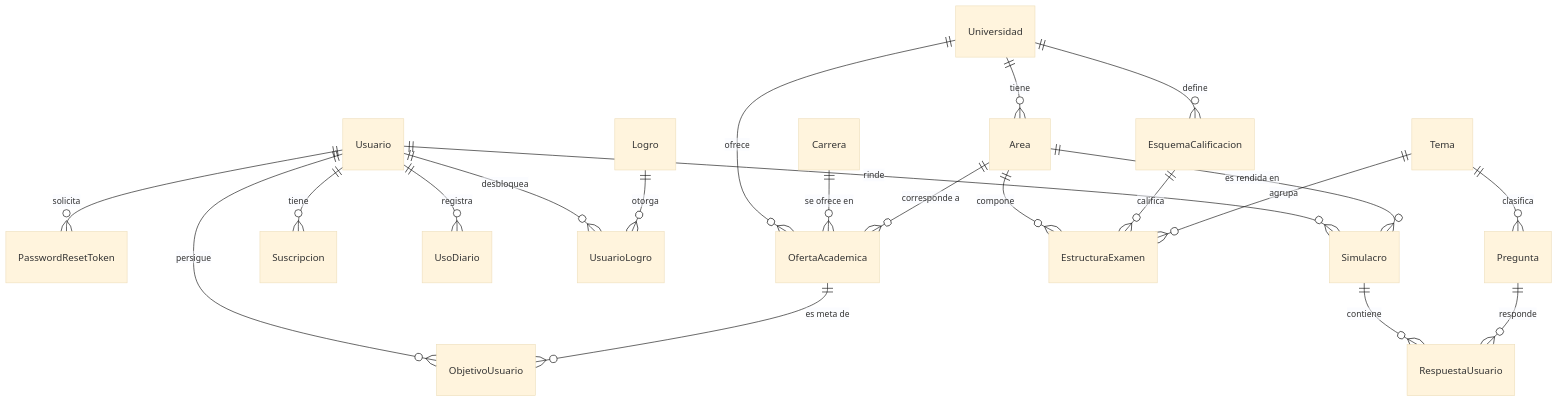
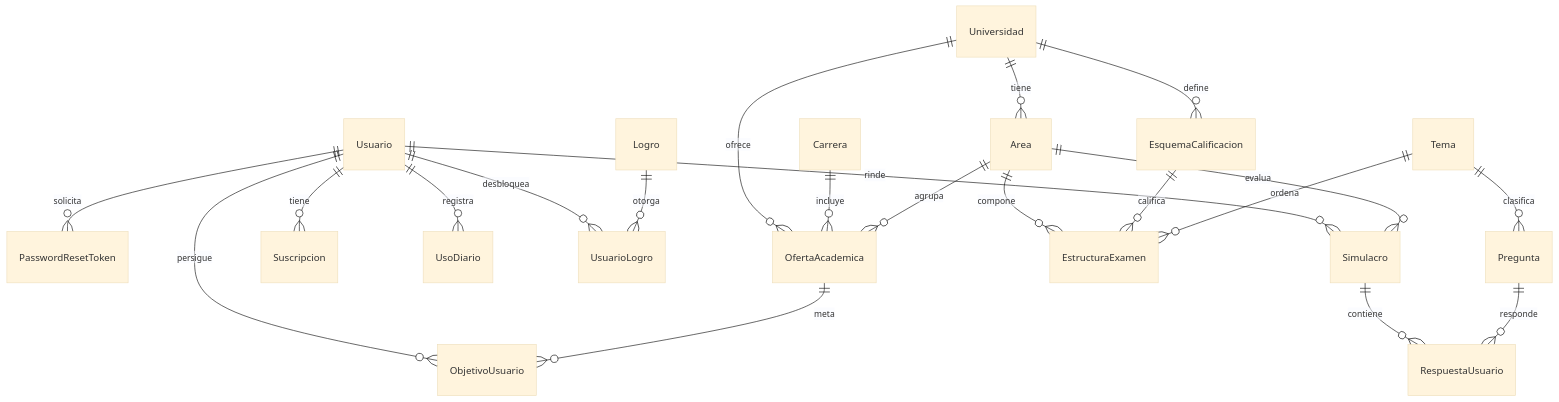
One commit to marcobautista-sketch/rumbou-backend changed the second of 2 diagrams in README.md. Above: the diagram before and after it, drawn with Mermaid (base theme). The commit also changed other lines of this file and 2 other files, not shown here.

````diff
--- a/README.md
+++ b/README.md
@@ -80,23 +78,23 @@
 ```mermaid
 erDiagram
     Usuario ||--o{ PasswordResetToken : solicita
     Usuario ||--o{ Simulacro : rinde
     Usuario ||--o{ ObjetivoUsuario : persigue
     Usuario ||--o{ Suscripcion : tiene
     Usuario ||--o{ UsoDiario : registra
     Usuario ||--o{ UsuarioLogro : desbloquea
     Universidad ||--o{ Area : tiene
     Universidad ||--o{ EsquemaCalificacion : define
     Universidad ||--o{ OfertaAcademica : ofrece
-    Carrera ||--o{ OfertaAcademica : "se ofrece en"
-    Area ||--o{ OfertaAcademica : "corresponde a"
+    Carrera ||--o{ OfertaAcademica : incluye
+    Area ||--o{ OfertaAcademica : agrupa
     Area ||--o{ EstructuraExamen : compone
-    Area ||--o{ Simulacro : "es rendida en"
-    OfertaAcademica ||--o{ ObjetivoUsuario : "es meta de"
+    Area ||--o{ Simulacro : evalua
+    OfertaAcademica ||--o{ ObjetivoUsuario : meta
     EsquemaCalificacion ||--o{ EstructuraExamen : califica
-    Tema ||--o{ EstructuraExamen : agrupa
+    Tema ||--o{ EstructuraExamen : ordena
     Tema ||--o{ Pregunta : clasifica
     Simulacro ||--o{ RespuestaUsuario : contiene
     Pregunta ||--o{ RespuestaUsuario : responde
     Logro ||--o{ UsuarioLogro : otorga
 ```
````
